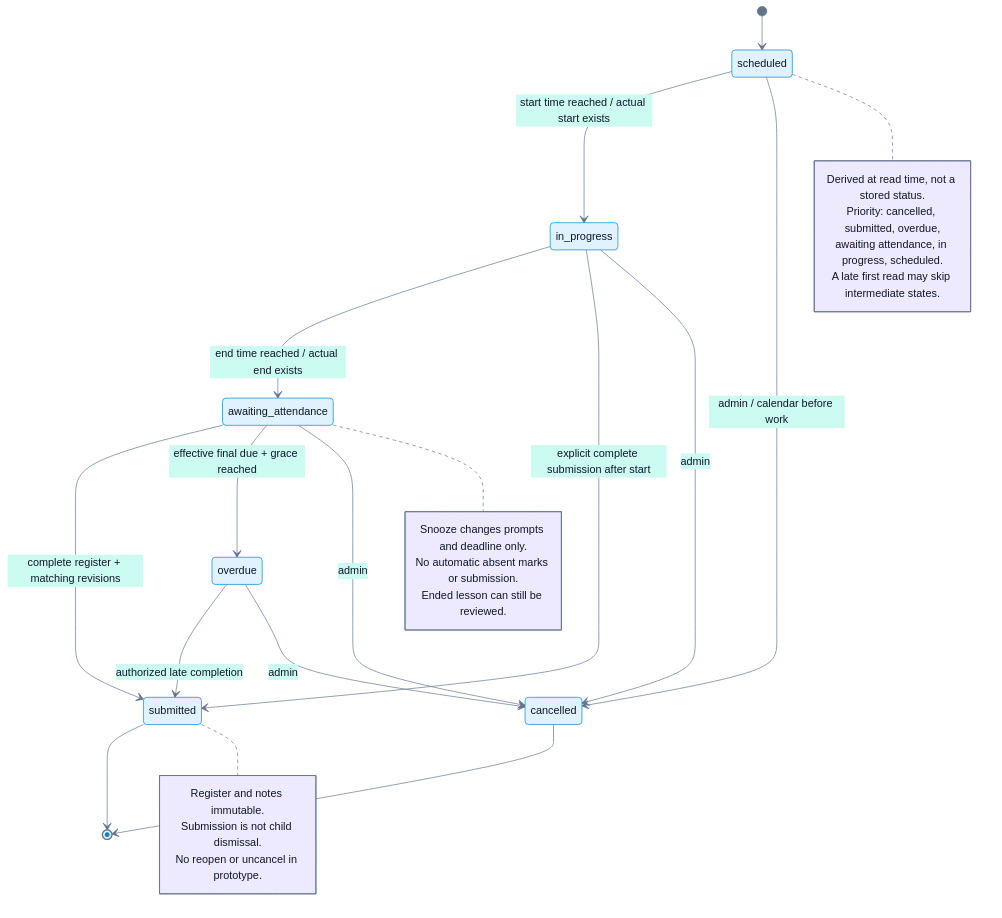
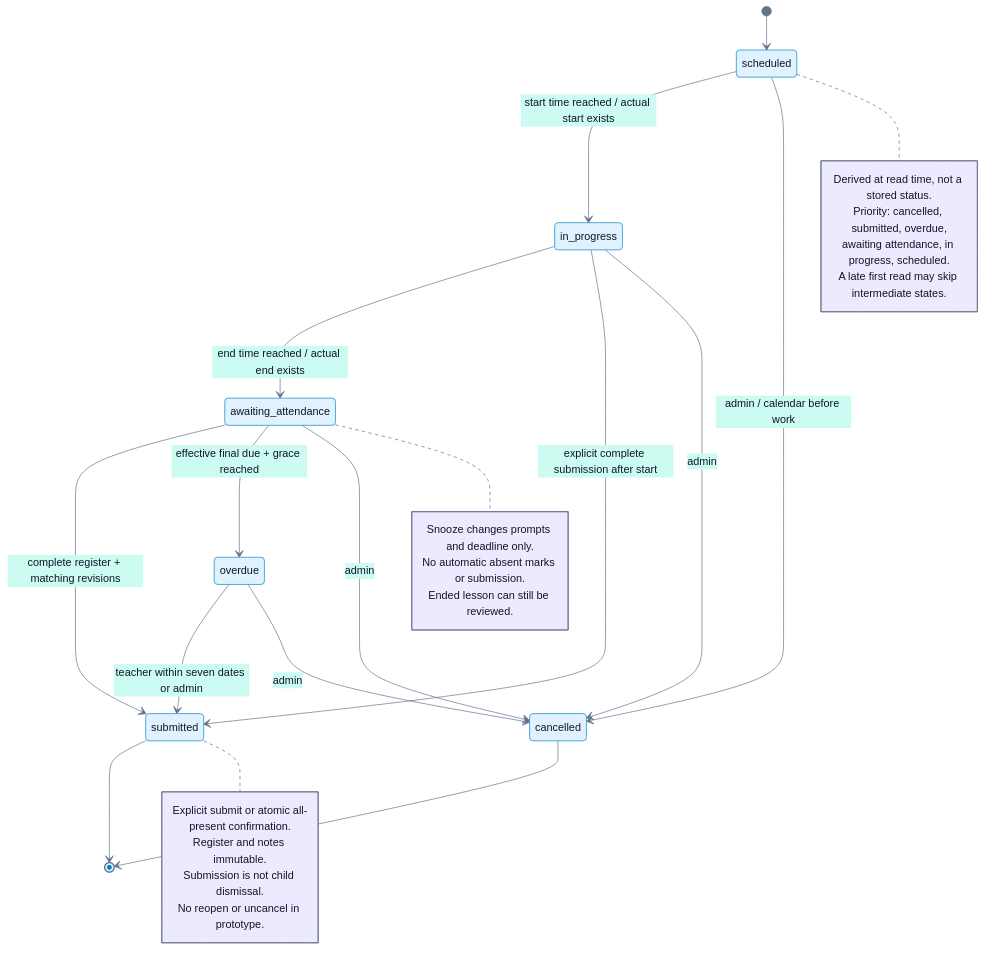
Before and after one commit to thegoodcompany-sst/TAVAttendance: the diagram in docs/teacher-prompts/diagrams/lesson-state.mmd, drawn with Mermaid. The commit also changed 77 other files, not shown here.

Commit message:
Teacher prompts: fix review findings (ACL hardening, calendar edge cases, coalesced recovery, 3-tap all-present submit, device unregister, preview guard), refresh docs/diagrams/strings, natural demo timing

```diff
--- a/docs/teacher-prompts/diagrams/lesson-state.mmd
+++ b/docs/teacher-prompts/diagrams/lesson-state.mmd
@@ -1,31 +1,32 @@
 %%{init: {"theme":"base","themeVariables":{"primaryColor":"#e0f2fe","primaryTextColor":"#0f172a","primaryBorderColor":"#0284c7","lineColor":"#64748b","secondaryColor":"#ccfbf1","tertiaryColor":"#ede9fe","noteBkgColor":"#ede9fe","noteBorderColor":"#64748b","noteTextColor":"#0f172a","background":"#ffffff","fontFamily":"Arial","fontSize":"16px"}}}%%
 stateDiagram-v2
     [*] --> scheduled
     scheduled --> in_progress: start time reached / actual start exists
     in_progress --> awaiting_attendance: end time reached / actual end exists
     in_progress --> submitted: explicit complete submission after start
     awaiting_attendance --> submitted: complete register + matching revisions
     awaiting_attendance --> overdue: effective final due + grace reached
-    overdue --> submitted: authorized late completion
+    overdue --> submitted: teacher within seven dates or admin
     scheduled --> cancelled: admin / calendar before work
     in_progress --> cancelled: admin
     awaiting_attendance --> cancelled: admin
     overdue --> cancelled: admin
     submitted --> [*]
     cancelled --> [*]
     note right of scheduled
       Derived at read time, not a stored status.
       Priority: cancelled, submitted, overdue,
       awaiting attendance, in progress, scheduled.
       A late first read may skip intermediate states.
     end note
     note right of awaiting_attendance
       Snooze changes prompts and deadline only.
       No automatic absent marks or submission.
       Ended lesson can still be reviewed.
     end note
     note right of submitted
+      Explicit submit or atomic all-present confirmation.
       Register and notes immutable.
       Submission is not child dismissal.
       No reopen or uncancel in prototype.
     end note
```
